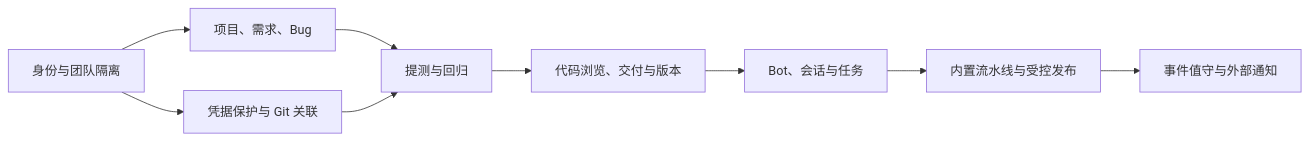
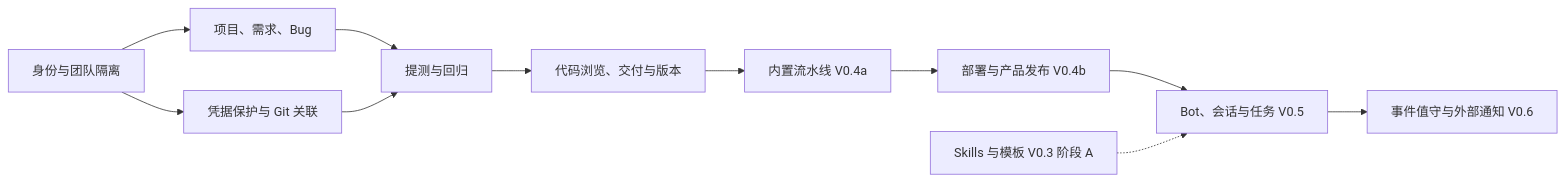
Before and after one commit to aiShuiJiaoDeXioShou/dev-ops: the diagram in docs/prd/release-plan.md, drawn with Mermaid. The commit also changed other lines of this file and 54 other files, not shown here.

````diff
--- a/docs/prd/release-plan.md
+++ b/docs/prd/release-plan.md
@@ -120,11 +124,13 @@
 ```mermaid
 flowchart LR
     A[身份与团队隔离] --> B[项目、需求、Bug]
     A --> C[凭据保护与 Git 关联]
     B --> D[提测与回归]
     C --> D
     D --> E[代码浏览、交付与版本]
-    E --> F[Bot、会话与任务]
-    F --> G[内置流水线与受控发布]
-    G --> H[事件值守与外部通知]
+    E --> F[内置流水线 V0.4a]
+    F --> G[部署与产品发布 V0.4b]
+    G --> H[Bot、会话与任务 V0.5]
+    H --> I[事件值守与外部通知 V0.6]
+    K[Skills 与模板 V0.3 阶段 A] -.-> H
 ```
````
